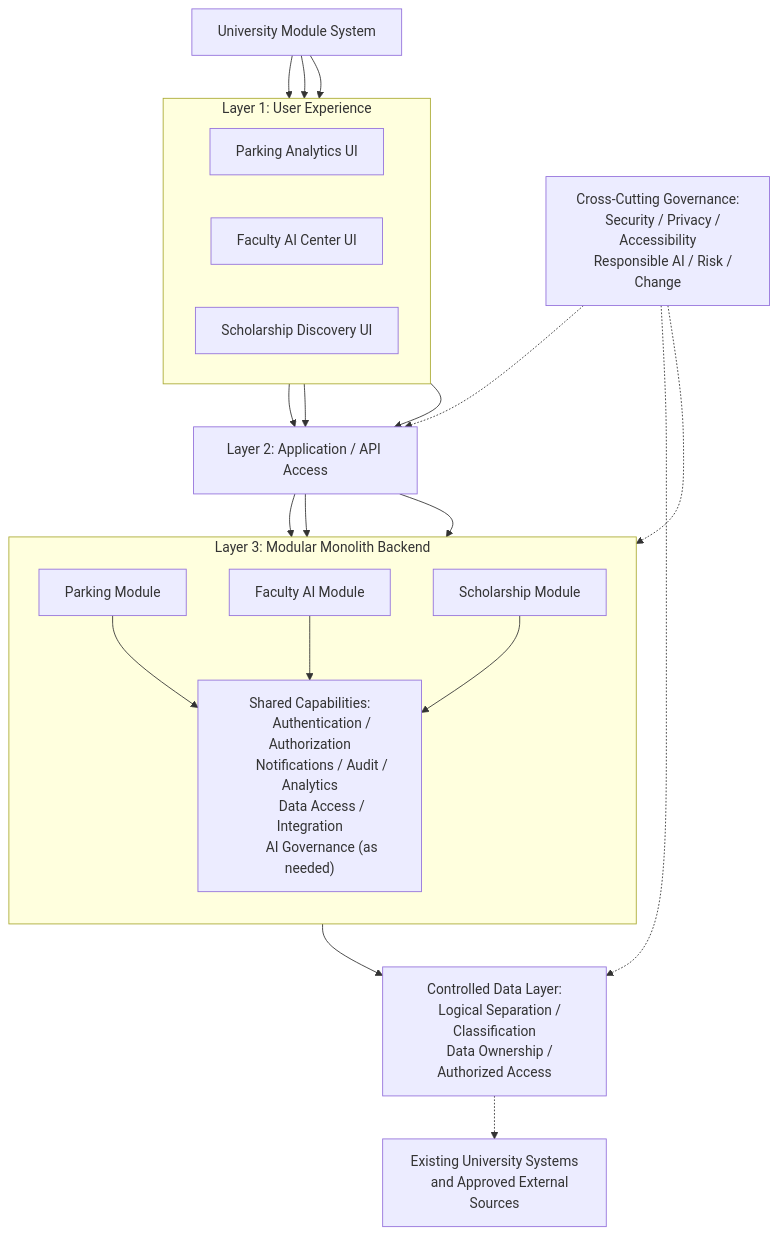
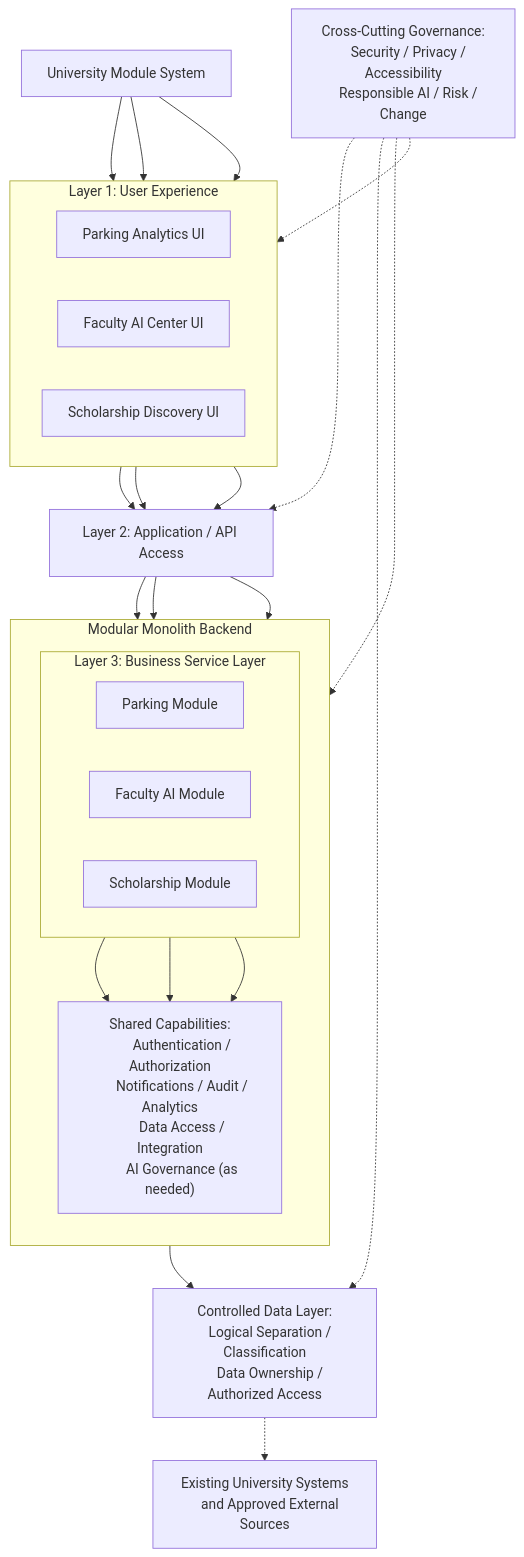
One commit to jeffreywallphd-ai/university-module-system changed the diagram in docs/architecture/overview.md. Above: the diagram before and after it, drawn with Mermaid.

Commit message:
docs: clarify business service layer and governance connections

````diff
--- a/docs/architecture/overview.md
+++ b/docs/architecture/overview.md
@@ -66,60 +66,65 @@
 ```mermaid
 flowchart TB
     UMS["University Module System"]
 
     subgraph UX["Layer 1: User Experience"]
         direction LR
         PUI["Parking Analytics UI"]
         FUI["Faculty AI Center UI"]
         SUI["Scholarship Discovery UI"]
     end
 
     Access["Layer 2: Application / API Access"]
 
-    subgraph Backend["Layer 3: Modular Monolith Backend"]
+    subgraph Backend["Modular Monolith Backend"]
         direction TB
-        P["Parking Module"]
-        F["Faculty AI Module"]
-        S["Scholarship Module"]
+
+        subgraph Business["Layer 3: Business Service Layer"]
+            direction LR
+            P["Parking Module"]
+            F["Faculty AI Module"]
+            S["Scholarship Module"]
+        end
 
         Shared["Shared Capabilities:
         Authentication / Authorization
         Notifications / Audit / Analytics
         Data Access / Integration
         AI Governance (as needed)"]
 
         P --> Shared
         F --> Shared
         S --> Shared
     end
 
     Data["Controlled Data Layer:
     Logical Separation / Classification
     Data Ownership / Authorized Access"]
 
     External["Existing University Systems
     and Approved External Sources"]
 
     Gov["Cross-Cutting Governance:
     Security / Privacy / Accessibility
     Responsible AI / Risk / Change"]
 
     UMS --> PUI
     UMS --> FUI
     UMS --> SUI
 
     PUI --> Access
     FUI --> Access
     SUI --> Access
 
     Access --> P
     Access --> F
     Access --> S
 
     Shared --> Data
     Data -.-> External
 
+    Gov -.-> UX
     Gov -.-> Access
-    Gov -.-> Shared
+    Gov -.-> Backend
     Gov -.-> Data
 ```
````
